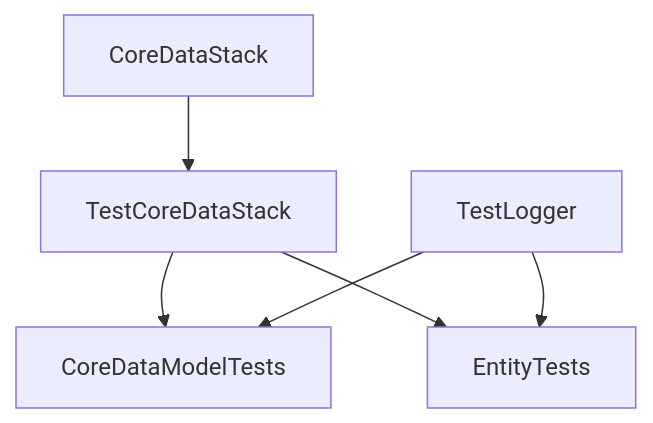
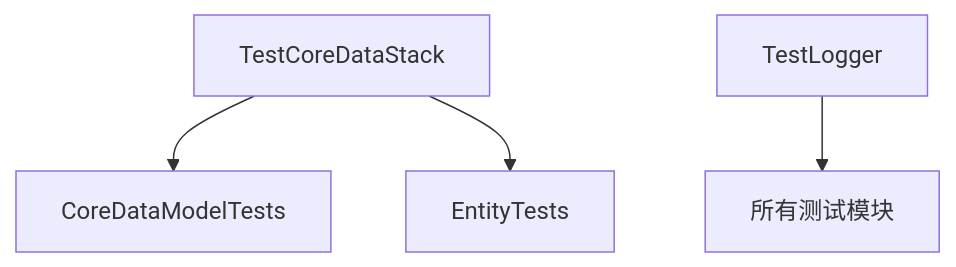
One commit to HS-Jack-YZY/SmartPlanner changed the fifth of 5 diagrams in ProjectStructure.md. Above: the diagram before and after it, drawn with Mermaid. The commit also changed other lines of this file, not shown here.

````diff
--- a/ProjectStructure.md
+++ b/ProjectStructure.md
@@ -482,8 +324,6 @@
 ```mermaid
 graph TD
     A[TestCoreDataStack] --> B[CoreDataModelTests]
     A --> C[EntityTests]
-    D[TestLogger] --> B
-    D --> C
-    E[CoreDataStack] --> A
+    D[TestLogger] --> E[所有测试模块]
 ```
````
